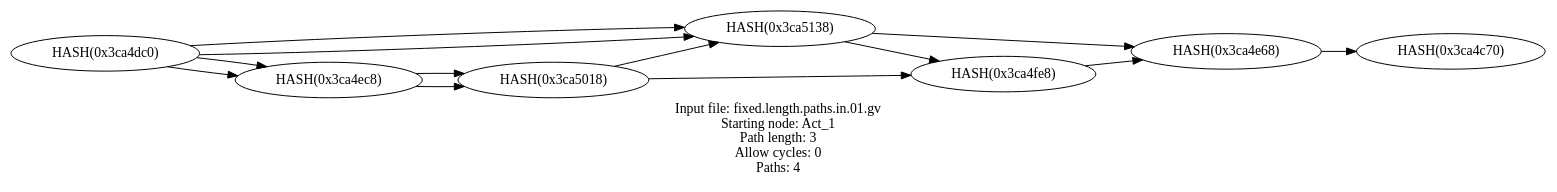
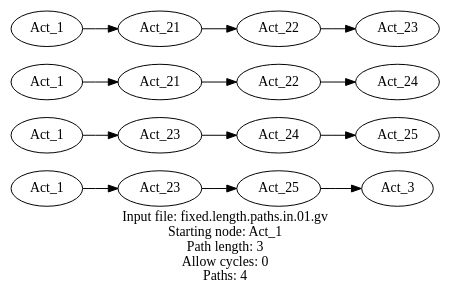
One commit to graphviz-perl/GraphViz2-Marpa-PathUtils changed the diagram in out/fixed.length.paths.out.01.gv. Above: the diagram before and after it, drawn with Graphviz. The commit also changed 6 other files, not shown here.

```diff
--- a/out/fixed.length.paths.out.01.gv
+++ b/out/fixed.length.paths.out.01.gv
@@ -1,26 +1,26 @@
 digraph fixed_length_paths
 {
 	label = "Input file: fixed.length.paths.in.01.gv\nStarting node: Act_1\nPath length: 3\nAllow cycles: 0\nPaths: 4" rankdir = LR
 
-	"Act_1" [label = "HASH(0x3787fa8)"]
-	"Act_23" [label = "HASH(0x3ca49e8)"]
-	"Act_25" [label = "HASH(0x3ca4a90)"]
-	"Act_3" [label = "HASH(0x3ca4c70)"]
-	"Act_1" [label = "HASH(0x3c61ad8)"]
-	"Act_23" [label = "HASH(0x3ca5270)"]
-	"Act_24" [label = "HASH(0x3ca4d48)"]
-	"Act_25" [label = "HASH(0x3ca4e68)"]
-	"Act_1" [label = "HASH(0x3ca4d78)"]
-	"Act_21" [label = "HASH(0x3ca4e08)"]
-	"Act_22" [label = "HASH(0x3ca50a8)"]
-	"Act_24" [label = "HASH(0x3ca4fe8)"]
-	"Act_1" [label = "HASH(0x3ca4dc0)"]
-	"Act_21" [label = "HASH(0x3ca4ec8)"]
-	"Act_22" [label = "HASH(0x3ca5018)"]
-	"Act_23" [label = "HASH(0x3ca5138)"]
+	"1" [label = "Act_1"]
+	"2" [label = "Act_23"]
+	"3" [label = "Act_25"]
+	"4" [label = "Act_3"]
+	"5" [label = "Act_1"]
+	"6" [label = "Act_23"]
+	"7" [label = "Act_24"]
+	"8" [label = "Act_25"]
+	"9" [label = "Act_1"]
+	"10" [label = "Act_21"]
+	"11" [label = "Act_22"]
+	"12" [label = "Act_24"]
+	"13" [label = "Act_1"]
+	"14" [label = "Act_21"]
+	"15" [label = "Act_22"]
+	"16" [label = "Act_23"]
 
-	"Act_1"  ->  "Act_23"  ->  "Act_25"  ->  "Act_3"
-	"Act_1"  ->  "Act_23"  ->  "Act_24"  ->  "Act_25"
-	"Act_1"  ->  "Act_21"  ->  "Act_22"  ->  "Act_24"
-	"Act_1"  ->  "Act_21"  ->  "Act_22"  ->  "Act_23"
+	"1"  ->  "2"  ->  "3"  ->  "4"
+	"5"  ->  "6"  ->  "7"  ->  "8"
+	"9"  ->  "10"  ->  "11"  ->  "12"
+	"13"  ->  "14"  ->  "15"  ->  "16"
 }
```
